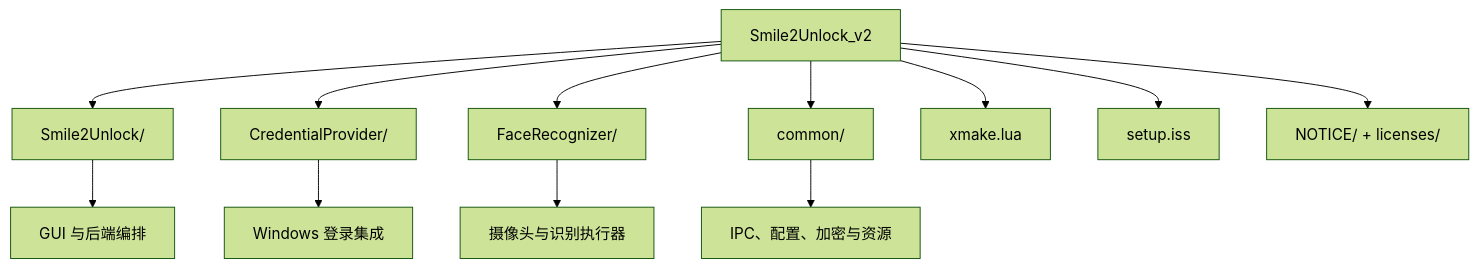
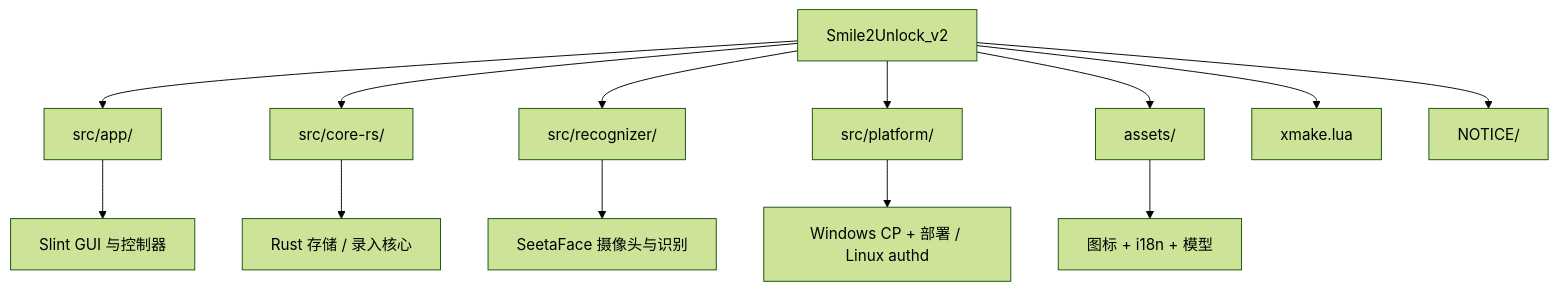
One commit to Smile2Unlock/Smile2Unlock_v2 changed the third of 3 diagrams in README_zh.md. Above: the diagram before and after it, drawn with Mermaid (forest theme). The commit also changed other lines of this file and 87 other files, not shown here.

````diff
--- a/README_zh.md
+++ b/README_zh.md
@@ -150,16 +149,17 @@
 ```mermaid
 flowchart TD
     ROOT[Smile2Unlock_v2]
-    ROOT --> APP[Smile2Unlock/]
-    ROOT --> CP[CredentialProvider/]
-    ROOT --> FR[FaceRecognizer/]
-    ROOT --> COMMON[common/]
+    ROOT --> APP[src/app/]
+    ROOT --> CORE[src/core-rs/]
+    ROOT --> REC[src/recognizer/]
+    ROOT --> PLAT[src/platform/]
+    ROOT --> ASSETS[assets/]
     ROOT --> BUILD[xmake.lua]
-    ROOT --> INSTALLER[setup.iss]
-    ROOT --> NOTICE[NOTICE/ + licenses/]
+    ROOT --> NOTICE[NOTICE/]
 
-    APP --> APP1[GUI 与后端编排]
-    CP --> CP1[Windows 登录集成]
-    FR --> FR1[摄像头与识别执行器]
-    COMMON --> COMMON1[IPC、配置、加密与资源]
+    APP --> APP1[Slint GUI 与控制器]
+    CORE --> CORE1[Rust 存储 / 录入核心]
+    REC --> REC1[SeetaFace 摄像头与识别]
+    PLAT --> PLAT1[Windows CP + 部署 / Linux authd]
+    ASSETS --> ASSETS1[图标 + i18n + 模型]
 ```
````
